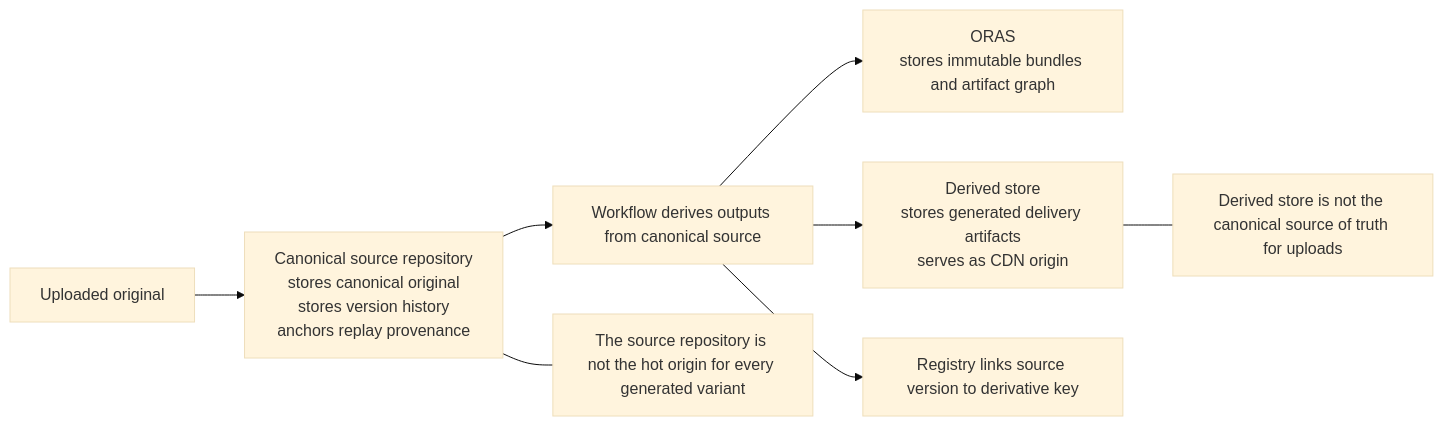
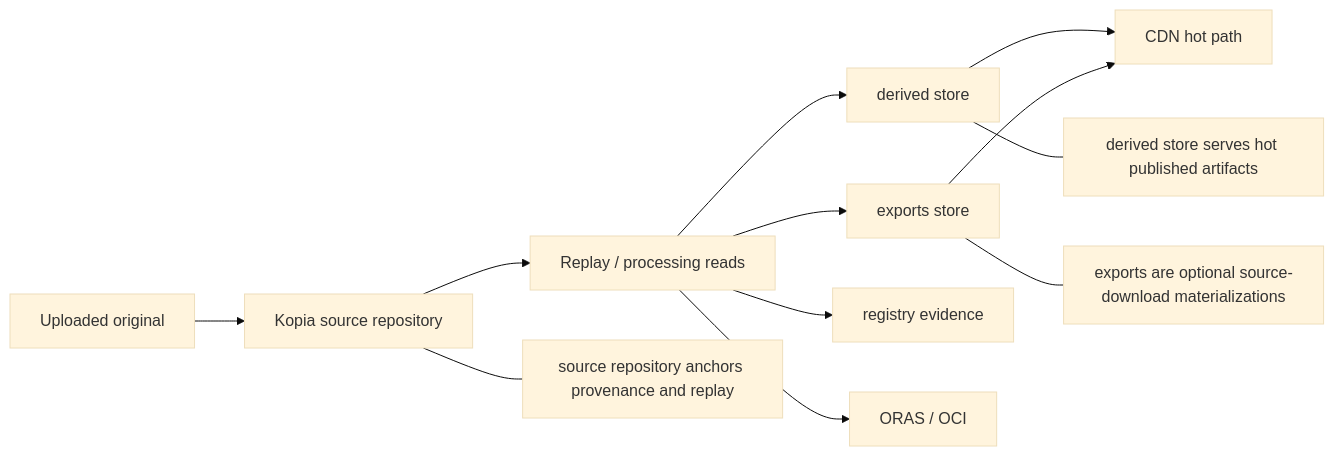
The eighth of 15 diagrams in docs/architecture.md (Yeusepe/cdngine), drawn with Mermaid (base theme) before and after one commit. The commit also changed other lines of this file and 23 other files, not shown here.

````diff
--- a/docs/architecture.md
+++ b/docs/architecture.md
@@ -271,14 +476,14 @@
 ```mermaid
 flowchart LR
-    Source["Uploaded original"] --> SourceRepo["Canonical source repository\nstores canonical original\nstores version history\nanchors replay provenance"]
-    SourceRepo --> Workflow["Workflow derives outputs from canonical source"]
-    Workflow --> ArtifactGraph["ORAS\nstores immutable bundles and artifact graph"]
-    Workflow --> Derived["Derived store\nstores generated delivery artifacts\nserves as CDN origin"]
-    Workflow --> Registry["Registry links source version to derivative key"]
-
-    note1["The source repository is not the hot origin for every generated variant"]
-    note2["Derived store is not the canonical source of truth for uploads"]
-
-    SourceRepo --- note1
-    Derived --- note2
+    Uploaded["Uploaded original"] --> SourceRepo["Kopia source repository"]
+    SourceRepo --> Replay["Replay / processing reads"]
+    Replay --> Derived["derived store"]
+    Replay --> Exports["exports store"]
+    Replay --> Registry["registry evidence"]
+    Replay --> ArtifactGraph["ORAS / OCI"]
+    Derived --> CDN["CDN hot path"]
+    Exports --> CDN
+    SourceRepo --- Note1["source repository anchors provenance and replay"]
+    Derived --- Note2["derived store serves hot published artifacts"]
+    Exports --- Note3["exports are optional source-download materializations"]
 ```
````
